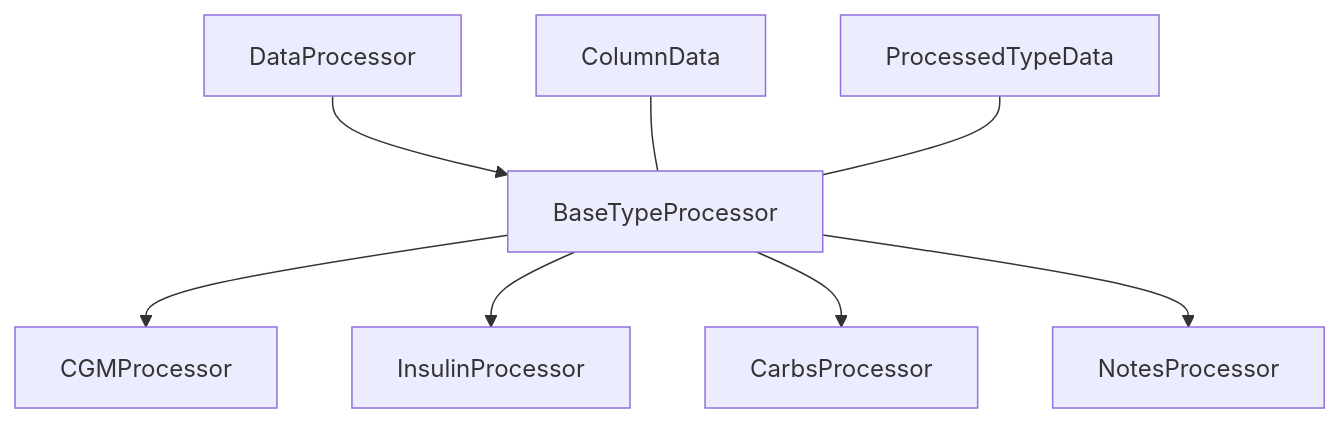
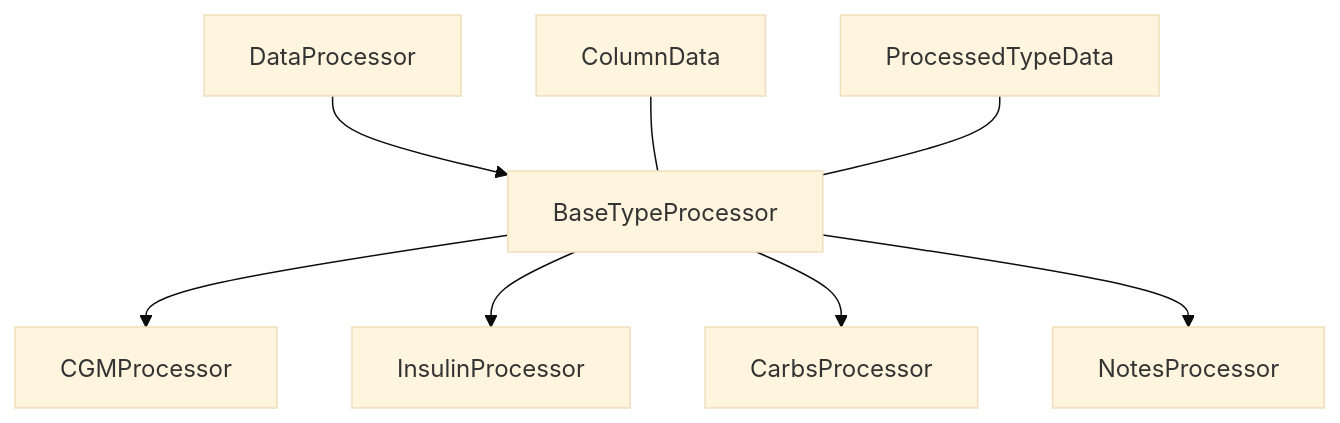
Before and after one commit to Warren8824/cgm-data-processor: the first of 2 diagrams in docs/api/processing/index.md, drawn with Mermaid. The commit also changed other lines of this file and 8 other files, not shown here.

````diff
--- a/docs/api/processing/index.md
+++ b/docs/api/processing/index.md
@@ -14,11 +7,12 @@
 ```mermaid
+%%{init: {'theme': 'base', 'themeVariables': { 'fontFamily': 'arial'}}}%%
 graph TD
     A[DataProcessor] --> B[BaseTypeProcessor]
     B --> C[CGMProcessor]
     B --> D[InsulinProcessor]
     B --> E[CarbsProcessor]
     B --> F[NotesProcessor]
     
     G[ColumnData] --- B
     H[ProcessedTypeData] --- B
 ```
````
